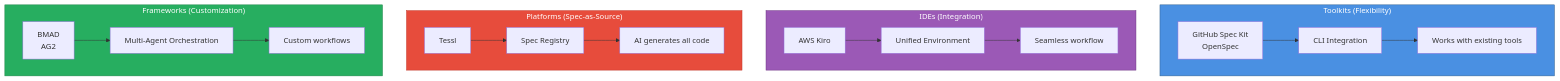
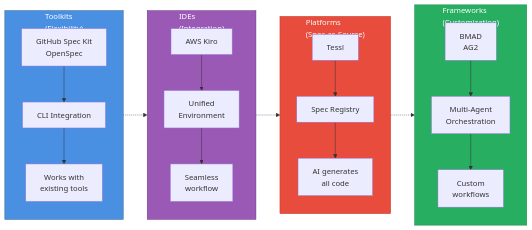
Before and after one commit to tikazyq/marvinzhang.dev: the first of 3 diagrams in blog/2025-10-22-implementing-spec-driven-development-tools-and-workflows-in-practice.mdx, drawn with Mermaid. The commit also changed other lines of this file and 1 other file, not shown here.

Commit message:
Fix SDD article: improve diagrams, add conservative language, reference Rice's theorem

````diff
--- a/blog/2025-10-22-implementing-spec-driven-development-tools-and-workflows-in-practice.mdx
+++ b/blog/2025-10-22-implementing-spec-driven-development-tools-and-workflows-in-practice.mdx
@@ -52,40 +52,43 @@
 ```mermaid
-flowchart TD
-    subgraph toolkits["Toolkits (Flexibility)"]
+flowchart LR
+    subgraph toolkits["Toolkits<br/>(Flexibility)"]
+        direction TB
         T1["GitHub Spec Kit<br/>OpenSpec"]
         T2["CLI Integration"]
-        T3["Works with existing tools"]
+        T3["Works with<br/>existing tools"]
+        T1 --> T2 --> T3
     end
     
-    subgraph ides["IDEs (Integration)"]
+    subgraph ides["IDEs<br/>(Integration)"]
+        direction TB
         I1["AWS Kiro"]
-        I2["Unified Environment"]
-        I3["Seamless workflow"]
+        I2["Unified<br/>Environment"]
+        I3["Seamless<br/>workflow"]
+        I1 --> I2 --> I3
     end
     
-    subgraph platforms["Platforms (Spec-as-Source)"]
+    subgraph platforms["Platforms<br/>(Spec-as-Source)"]
+        direction TB
         P1["Tessl"]
         P2["Spec Registry"]
-        P3["AI generates all code"]
+        P3["AI generates<br/>all code"]
+        P1 --> P2 --> P3
     end
     
-    subgraph frameworks["Frameworks (Customization)"]
+    subgraph frameworks["Frameworks<br/>(Customization)"]
+        direction TB
         F1["BMAD<br/>AG2"]
-        F2["Multi-Agent Orchestration"]
-        F3["Custom workflows"]
+        F2["Multi-Agent<br/>Orchestration"]
+        F3["Custom<br/>workflows"]
+        F1 --> F2 --> F3
     end
     
-    T1 --> T2
-    T2 --> T3
-    I1 --> I2
-    I2 --> I3
-    P1 --> P2
-    P2 --> P3
-    F1 --> F2
-    F2 --> F3
+    toolkits -.-> ides
+    ides -.-> platforms
+    platforms -.-> frameworks
     
     style toolkits fill:#4a90e2,stroke:#2e5c8a,color:#fff
     style ides fill:#9b59b6,stroke:#6c3483,color:#fff
     style platforms fill:#e74c3c,stroke:#c0392b,color:#fff
     style frameworks fill:#27ae60,stroke:#1e8449,color:#fff
 ```
````
